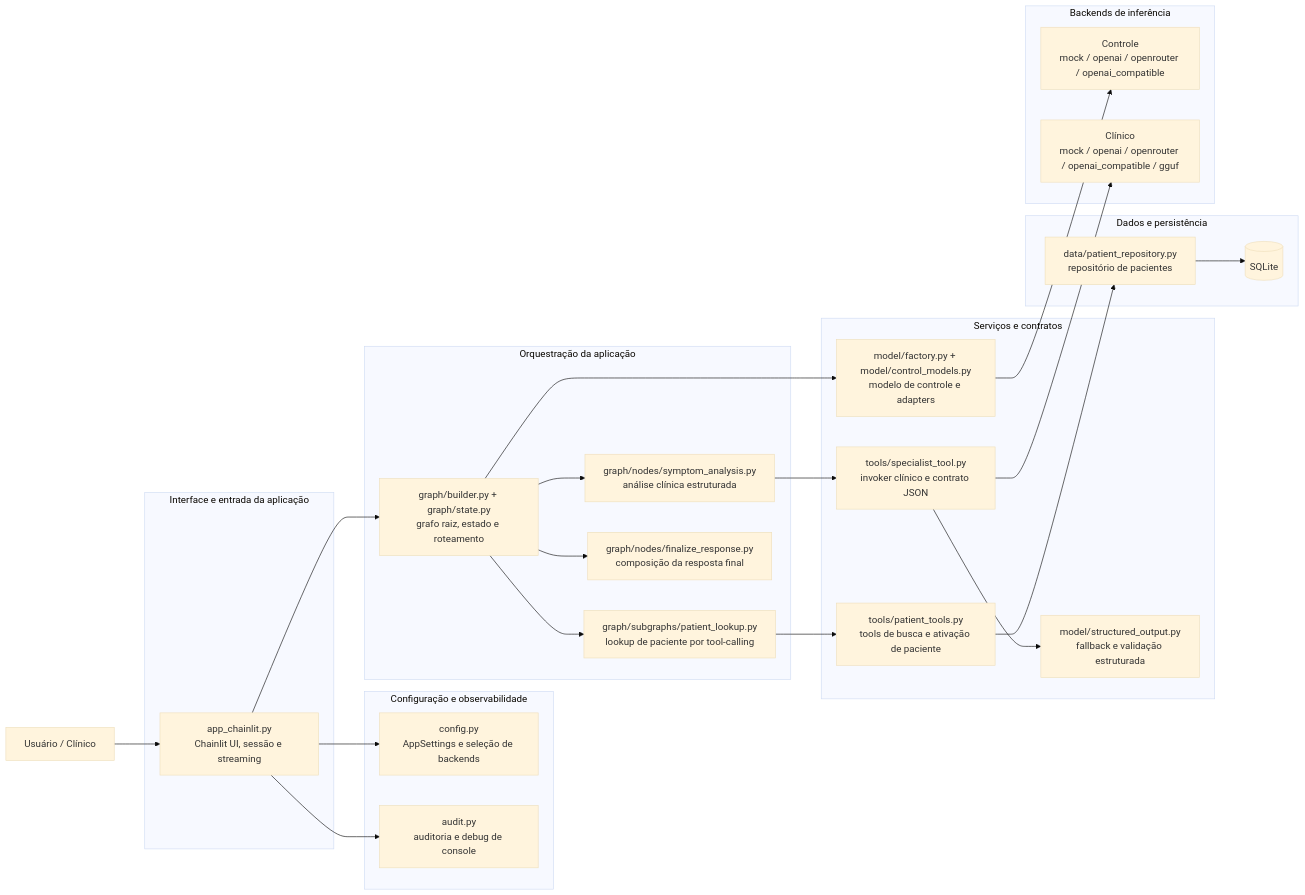
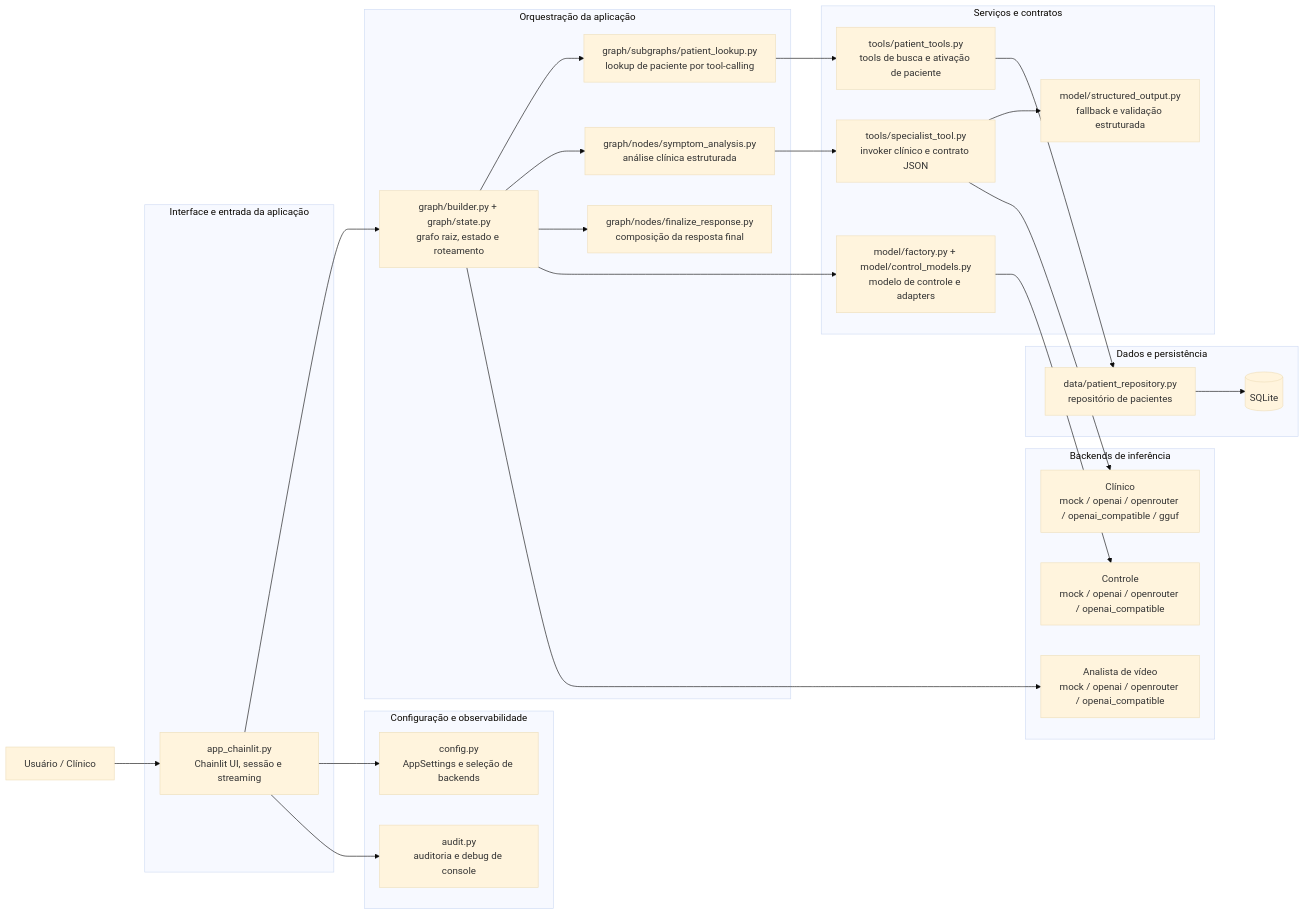
One commit to luizaaca/screening_robot changed the first of 3 diagrams in README_pt-br.md. Above: the diagram before and after it, drawn with Mermaid (base theme). The commit also changed other lines of this file and 88 other files, not shown here.

````diff
--- a/README_pt-br.md
+++ b/README_pt-br.md
@@ -79,53 +91,55 @@
 ```mermaid
 flowchart LR
     USER["Usuário / Clínico"]
 
     subgraph ENTRY["Interface e entrada da aplicação"]
         CL["app_chainlit.py<br/>Chainlit UI, sessão e streaming"]
     end
 
     subgraph CROSS["Configuração e observabilidade"]
         CFG["config.py<br/>AppSettings e seleção de backends"]
         AUD["audit.py<br/>auditoria e debug de console"]
     end
 
     subgraph ORCH["Orquestração da aplicação"]
         GRAPH["graph/builder.py + graph/state.py<br/>grafo raiz, estado e roteamento"]
         LOOKUP["graph/subgraphs/patient_lookup.py<br/>lookup de paciente por tool-calling"]
         ANALYSIS["graph/nodes/symptom_analysis.py<br/>análise clínica estruturada"]
         FINAL["graph/nodes/finalize_response.py<br/>composição da resposta final"]
     end
 
     subgraph SERVICES["Serviços e contratos"]
         CONTROL["model/factory.py + model/control_models.py<br/>modelo de controle e adapters"]
         SPECIALIST["tools/specialist_tool.py<br/>invoker clínico e contrato JSON"]
         PTOOLS["tools/patient_tools.py<br/>tools de busca e ativação de paciente"]
         STRUCT["model/structured_output.py<br/>fallback e validação estruturada"]
     end
 
     subgraph DATA["Dados e persistência"]
         REPO["data/patient_repository.py<br/>repositório de pacientes"]
         DB[(SQLite)]
     end
 
     subgraph BACKENDS["Backends de inferência"]
         CTRLB["Controle<br/>mock / openai / openrouter / openai_compatible"]
         CLINB["Clínico<br/>mock / openai / openrouter / openai_compatible / gguf"]
+        VIDB["Analista de vídeo<br/>mock / openai / openrouter / openai_compatible"]
     end
 
     USER --> CL
     CL --> GRAPH
     CL --> CFG
     CL --> AUD
     GRAPH --> LOOKUP
     GRAPH --> ANALYSIS
     GRAPH --> FINAL
     GRAPH --> CONTROL
     LOOKUP --> PTOOLS
     ANALYSIS --> SPECIALIST
     SPECIALIST --> STRUCT
     PTOOLS --> REPO
     REPO --> DB
     CONTROL --> CTRLB
     SPECIALIST --> CLINB
+    GRAPH --> VIDB
 ```
````
